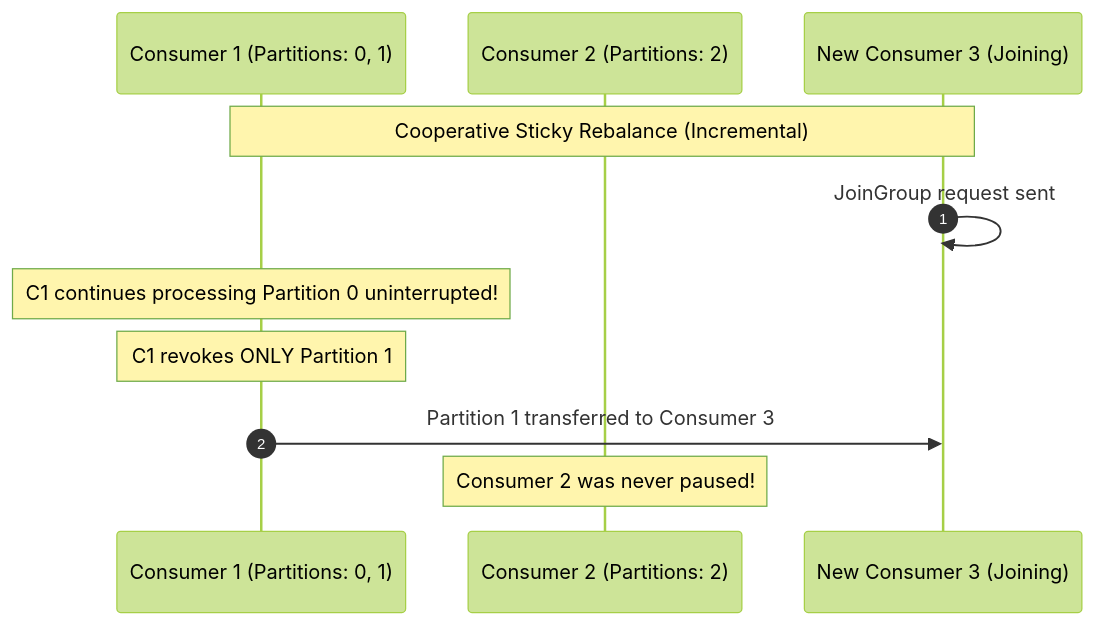
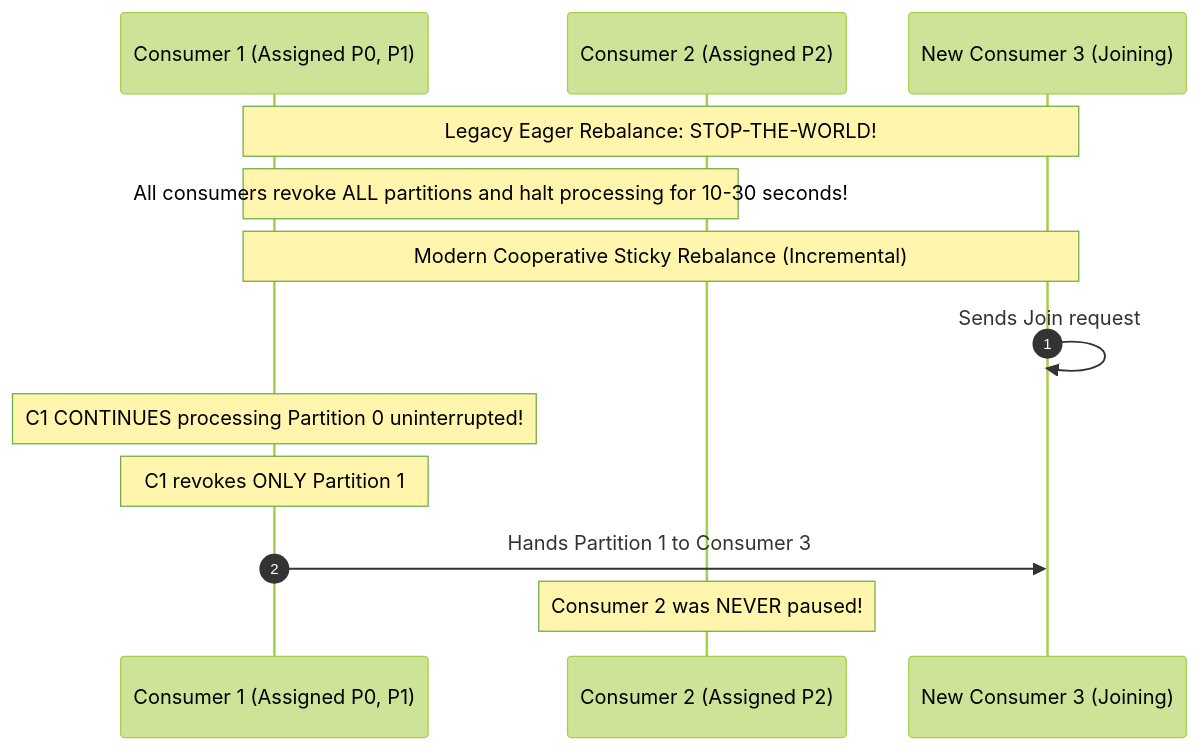
One commit to PandeyKishan/Study-Notes changed the second of 2 diagrams in 03-Apache-Kafka/03-Consumer-Groups-Rebalance-and-Offsets.md. Above: the diagram before and after it, drawn with Mermaid (forest theme). The commit also changed other lines of this file and 20 other files, not shown here.

````diff
--- a/03-Apache-Kafka/03-Consumer-Groups-Rebalance-and-Offsets.md
+++ b/03-Apache-Kafka/03-Consumer-Groups-Rebalance-and-Offsets.md
@@ -84,14 +90,17 @@
 ```mermaid
 sequenceDiagram
     autonumber
-    participant C1 as Consumer 1 (Partitions: 0, 1)
-    participant C2 as Consumer 2 (Partitions: 2)
+    participant C1 as Consumer 1 (Assigned P0, P1)
+    participant C2 as Consumer 2 (Assigned P2)
     participant C3 as New Consumer 3 (Joining)
 
-    Note over C1,C3: Cooperative Sticky Rebalance (Incremental)
-    C3->>C3: JoinGroup request sent
-    Note over C1: C1 continues processing Partition 0 uninterrupted!
+    Note over C1,C3: Legacy Eager Rebalance: STOP-THE-WORLD!
+    Note over C1,C2: All consumers revoke ALL partitions and halt processing for 10-30 seconds!
+
+    Note over C1,C3: Modern Cooperative Sticky Rebalance (Incremental)
+    C3->>C3: Sends Join request
+    Note over C1: C1 CONTINUES processing Partition 0 uninterrupted!
     Note over C1: C1 revokes ONLY Partition 1
-    C1->>C3: Partition 1 transferred to Consumer 3
-    Note over C2: Consumer 2 was never paused!
+    C1->>C3: Hands Partition 1 to Consumer 3
+    Note over C2: Consumer 2 was NEVER paused!
 ```
````
